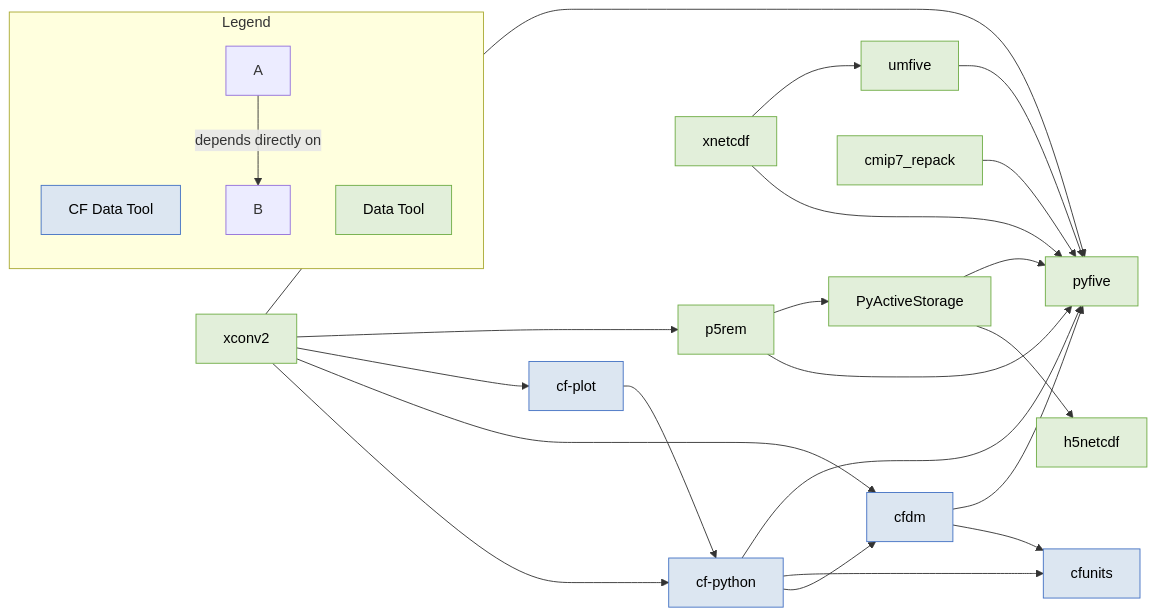
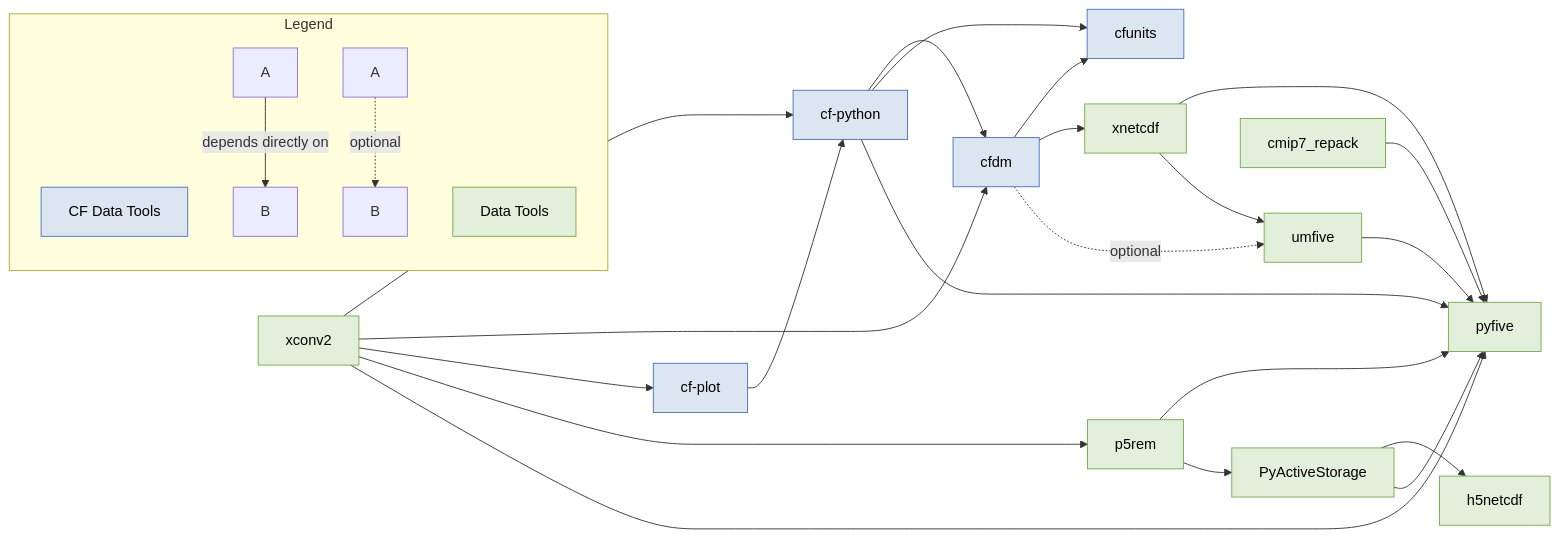
Before and after one commit to NCAS-CMS/.github: the diagram in resources/repo-dependencies.md, drawn with Mermaid.

Commit message:
Update repo-dependencies.md to update dependencies tracker graph

````diff
--- a/resources/repo-dependencies.md
+++ b/resources/repo-dependencies.md
@@ -6,7 +6,7 @@
 ```mermaid
 flowchart LR
 
-    %% ============================================================repo-
+    %% ============================================================
     %% CF Data Tools
     %% ============================================================
 
@@ -30,7 +30,8 @@
 
     %% ============================================================
     %% Dependencies
-    %% Arrow direction: dependent --> dependency
+    %% Solid arrow = direct dependency
+    %% Dotted arrow = optional dependency
     %% ============================================================
 
     cfpython --> cfdm
@@ -38,7 +39,8 @@
     cfpython --> pyfive
 
     cfdm --> cfunits
-    cfdm --> pyfive
+    cfdm --> xnetcdf
+    cfdm -.->|optional| umfive
 
     cfplot --> cfpython
 
@@ -78,26 +80,20 @@
     subgraph LEGEND["Legend"]
         direction TB
 
-        legend_cf["CF Data Tool"]
-        legend_data["Data Tool"]
+        legend_cf["CF Data Tools"]
+        legend_data["Data Tools"]
 
         legend_a["A"]
         legend_b["B"]
 
         legend_a -->|depends directly on| legend_b
 
+        legend_optional_a["A"]
+        legend_optional_b["B"]
+
+        legend_optional_a -.->|optional| legend_optional_b
+
         class legend_cf cf
         class legend_data data
     end
-
-    %% Styling
-    classDef cf fill:#DCE6F1,stroke:#4472C4,color:#000
-    classDef data fill:#E2EFDA,stroke:#70AD47,color:#000
-    classDef training fill:#FFF2CC,stroke:#BF9000,color:#000
-    classDef docs fill:#E7E6E6,stroke:#7F7F7F,color:#000
-    classDef website fill:#FCE4D6,stroke:#C55A11,color:#000
-    classDef deprecated fill:#EDEDED,stroke:#A6A6A6,color:#666
-
-    class cfpython,cfdm,cfplot,cfunits cf
-    class pyfive,pyactivestorage,xnetcdf,xconv2,cmip7_repack,umfive,p5rem,h5netcdf data
 ```
````
